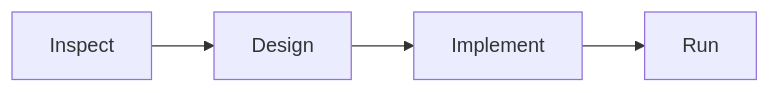
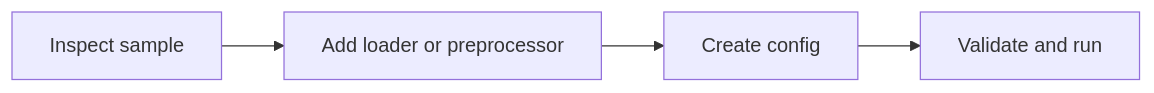
Diagram 14 of 14 in docs/guide/framework_overview.md (HiThink-Research/GAGE), drawn with Mermaid before and after one commit. The commit also changed other lines of this file and 614 other files, not shown here.

````diff
--- a/docs/guide/framework_overview.md
+++ b/docs/guide/framework_overview.md
@@ -1273,4 +1266,4 @@
 ```mermaid
 flowchart LR
-  I[Inspect] --> D[Design] --> M[Implement] --> R[Run]
+  I[Inspect sample] --> P[Add loader or preprocessor] --> C[Create config] --> R[Validate and run]
 ```
````
